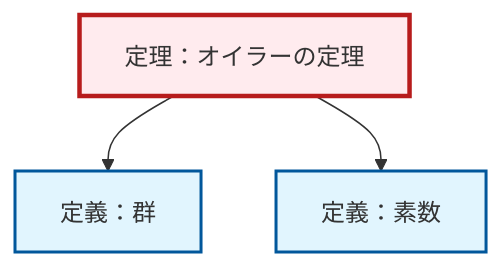
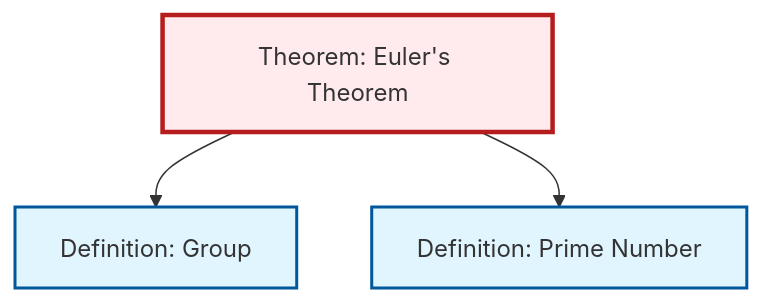
One commit to RK0429/ModernMath changed the diagram in content/ja/number-theory/thm-euler.qmd. Above: the diagram before and after it, drawn with Mermaid. The commit also changed 203 other files, not shown here.

````diff
--- a/content/ja/number-theory/thm-euler.qmd
+++ b/content/ja/number-theory/thm-euler.qmd
@@ -50,18 +50,15 @@
 ```{mermaid}
-%%| fig-cap: "ローカル依存関係グラフ"
+%%| fig-cap: "Local dependency graph"
 graph TD
     classDef definition fill:#e1f5fe,stroke:#01579b,stroke-width:2px
     classDef theorem fill:#f3e5f5,stroke:#4a148c,stroke-width:2px
     classDef axiom fill:#fff3e0,stroke:#e65100,stroke-width:2px
     classDef example fill:#e8f5e9,stroke:#1b5e20,stroke-width:2px
     classDef current fill:#ffebee,stroke:#b71c1c,stroke-width:3px
-    thm-euler["定理：オイラーの定理"]:::theorem
-    def-prime["定義：素数"]:::definition
-    def-group["定義：群"]:::definition
+    def-group["Definition: Group"]:::definition
+    def-prime["Definition: Prime Number"]:::definition
+    thm-euler["Theorem: Euler's Theorem"]:::theorem
     thm-euler --> def-group
     thm-euler --> def-prime
     class thm-euler current
-
-    click def-prime "def-prime.html" "Go to 定義：素数"
-    click def-group "def-group.html" "Go to 定義：群"
 ```
````
